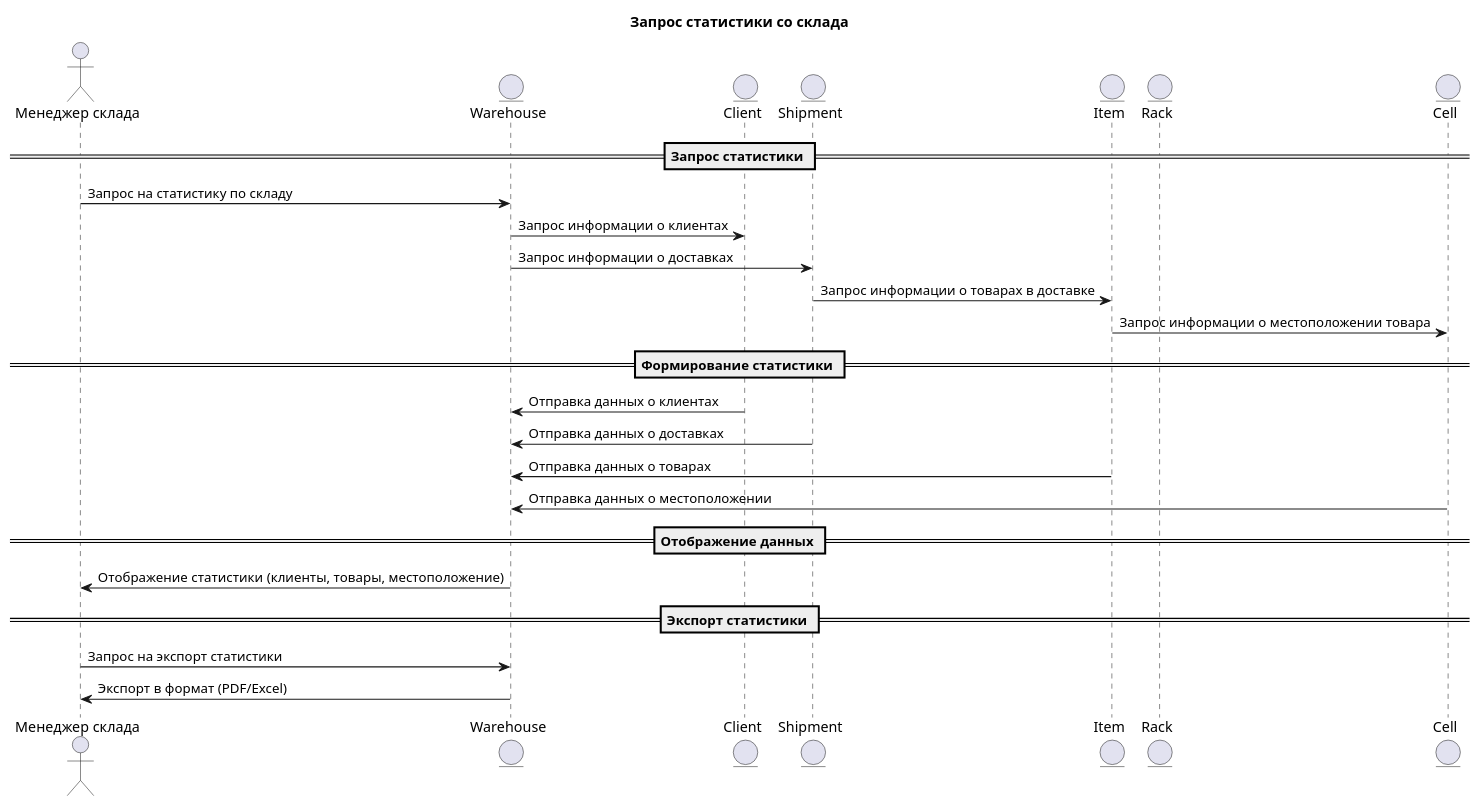
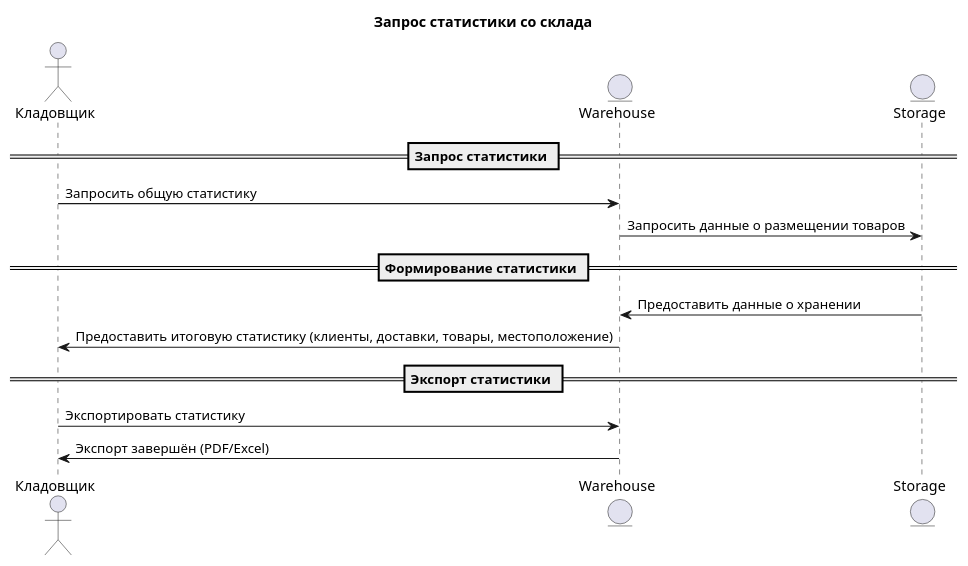
Before and after one commit to penamarth/bsbo-14-22_team5_var6: the diagram in Precedents/Запрос статистики по складу/Диаграмма последовательности.md, drawn with PlantUML. The commit also changed 4 other files, not shown here.

````diff
--- a/Precedents/Запрос статистики по складу/Диаграмма последовательности.md
+++ b/Precedents/Запрос статистики по складу/Диаграмма последовательности.md
@@ -1,34 +1,22 @@
 ```plantuml
 @startuml
-actor "Менеджер склада" as warehouseManager
+actor "Кладовщик" as warehouseManager
 entity "Warehouse" as warehouse
-entity "Client" as client
-entity "Shipment" as shipment
-entity "Item" as item
-entity "Rack" as rack
-entity "Cell" as cell
+entity "Storage" as storage
 
 title Запрос статистики со склада
 
 == Запрос статистики ==
-warehouseManager -> warehouse: Запрос на статистику по складу
-warehouse -> client: Запрос информации о клиентах
-warehouse -> shipment: Запрос информации о доставках
-shipment -> item: Запрос информации о товарах в доставке
-item -> cell: Запрос информации о местоположении товара
+warehouseManager -> warehouse: Запросить общую статистику
+warehouse -> storage: Запросить данные о размещении товаров
 
 == Формирование статистики ==
-client -> warehouse: Отправка данных о клиентах
-shipment -> warehouse: Отправка данных о доставках
-item -> warehouse: Отправка данных о товарах
-cell -> warehouse: Отправка данных о местоположении
-
-== Отображение данных ==
-warehouse -> warehouseManager: Отображение статистики (клиенты, товары, местоположение)
+storage -> warehouse: Предоставить данные о хранении
+warehouse -> warehouseManager: Предоставить итоговую статистику (клиенты, доставки, товары, местоположение)
 
 == Экспорт статистики ==
-warehouseManager -> warehouse: Запрос на экспорт статистики
-warehouse -> warehouseManager: Экспорт в формат (PDF/Excel)
+warehouseManager -> warehouse: Экспортировать статистику
+warehouse -> warehouseManager: Экспорт завершён (PDF/Excel)
 
 @enduml
 ```
````
